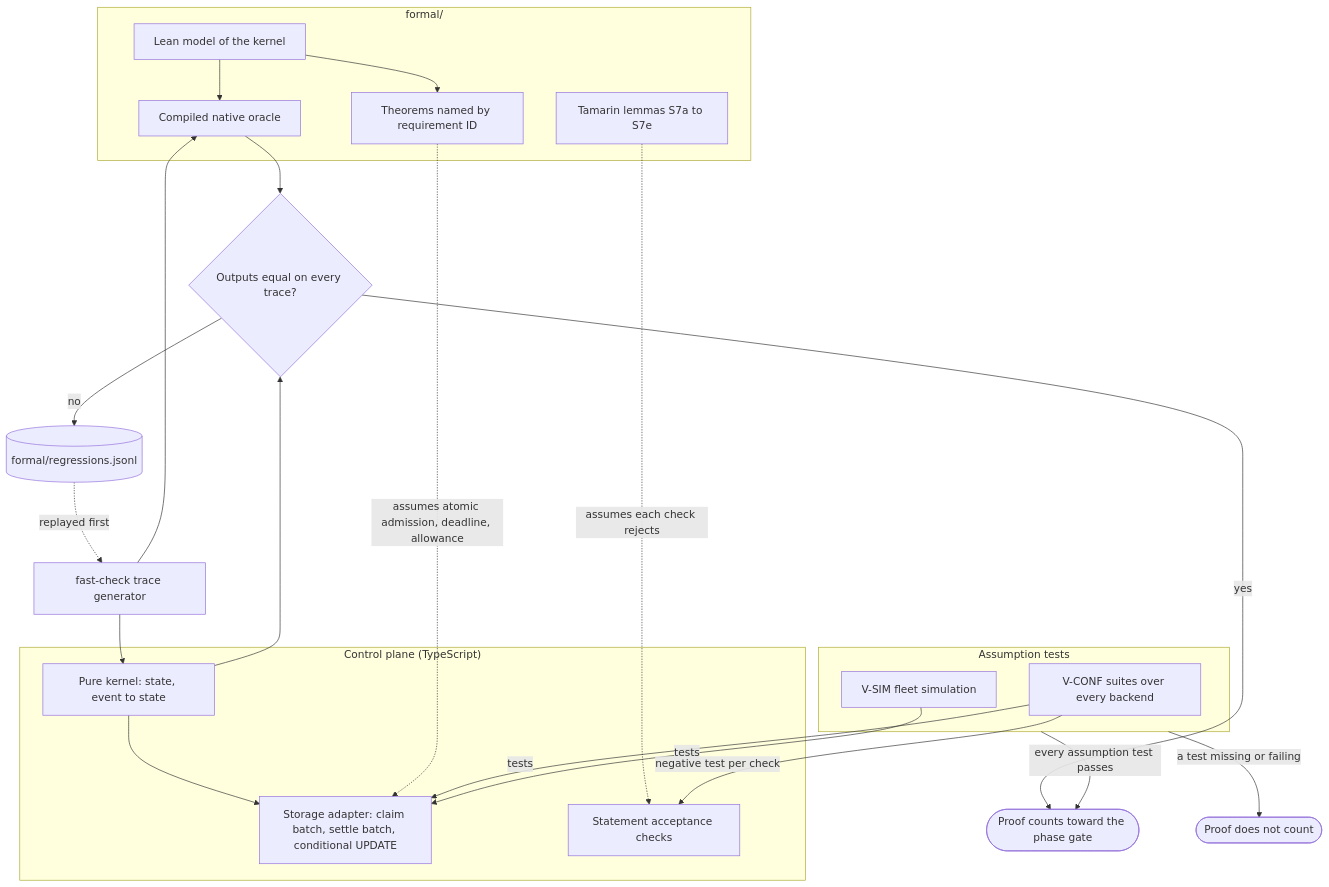
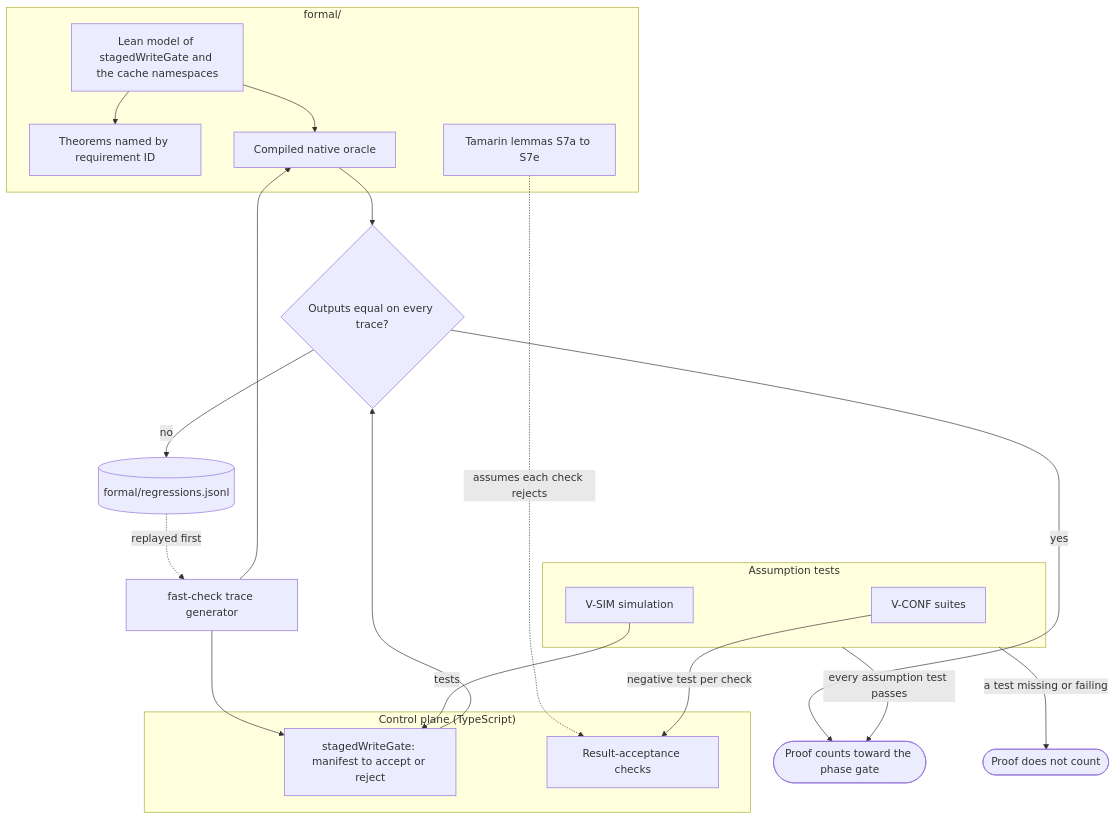
One commit to fractalboxdev/flare-dispatch changed the second of 2 diagrams in specs/verification.md. Above: the diagram before and after it, drawn with Mermaid. The commit also changed other lines of this file and 45 other files, not shown here.

````diff
--- a/specs/verification.md
+++ b/specs/verification.md
@@ -212,48 +221,44 @@
 ```mermaid
 flowchart TB
   accTitle: Proof, oracle, TypeScript kernel and assumption tests
   subgraph formalZone["formal/"]
-    model[Lean model of the kernel]
+    model[Lean model of stagedWriteGate and the cache namespaces]
     thm[Theorems named by requirement ID]
     oracle[Compiled native oracle]
     spthy[Tamarin lemmas S7a to S7e]
   end
   subgraph cp["Control plane (TypeScript)"]
-    kernel["Pure kernel: state, event to state"]
-    adapter["Storage adapter: claim batch, settle batch, conditional UPDATE"]
-    accept[Statement acceptance checks]
+    kernel["stagedWriteGate: manifest to accept or reject"]
+    accept[Result-acceptance checks]
   end
   subgraph assume["Assumption tests"]
-    conf[V-CONF suites over every backend]
-    sim[V-SIM fleet simulation]
+    conf[V-CONF suites]
+    sim[V-SIM simulation]
   end
   gen[fast-check trace generator]
   cmp{Outputs equal on every trace?}
   reg[(formal/regressions.jsonl)]
   counts([Proof counts toward the phase gate])
   void([Proof does not count])
   model --> thm
   model --> oracle
   gen --> oracle
   gen --> kernel
   oracle --> cmp
   kernel --> cmp
   cmp e1@-->|no| reg
   reg -.->|replayed first| gen
-  kernel --> adapter
-  thm -.->|assumes atomic admission, deadline, allowance| adapter
   spthy -.->|assumes each check rejects| accept
-  conf -->|tests| adapter
-  sim -->|tests| adapter
   conf -->|negative test per check| accept
+  sim -->|tests| kernel
   cmp -->|yes| counts
   assume -->|every assumption test passes| counts
   assume e2@-->|a test missing or failing| void
   class gen accent
   class cmp warn
   class reg store
   class counts ok
   class void danger
   class formalZone,cp,assume group
   class e1,e2 failure
 ```
````
